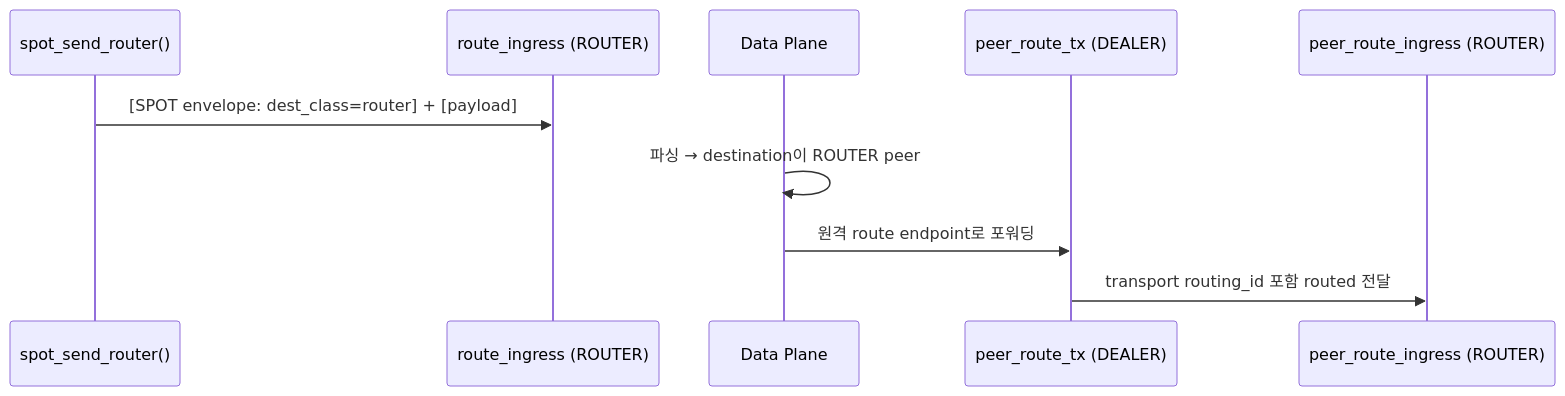
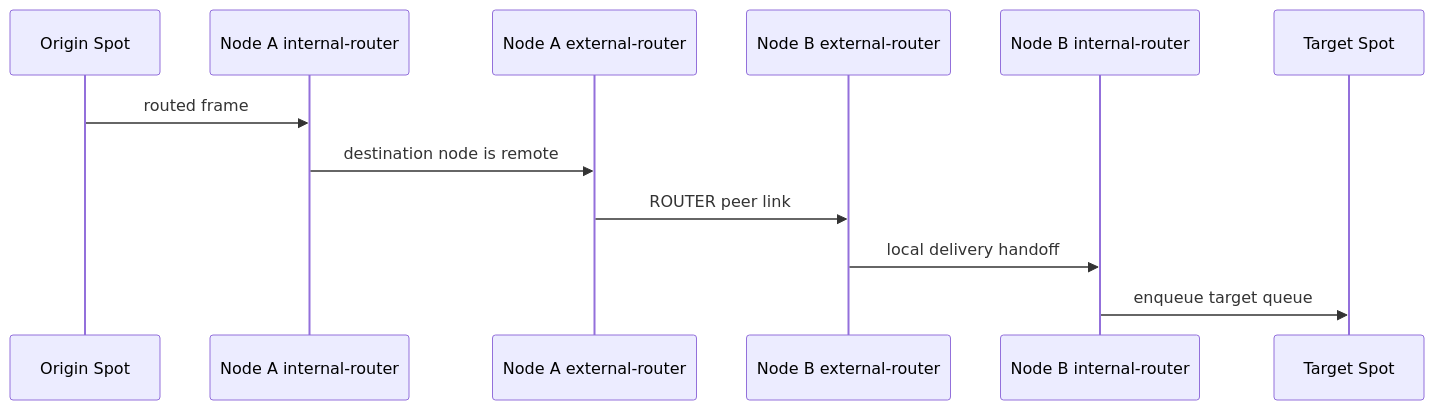
One commit to kairos-code-dev/zlink changed the fifth of 5 diagrams in doc/internals/spot-internals.ko.md. Above: the diagram before and after it, drawn with Mermaid. The commit also changed other lines of this file and 117 other files, not shown here.

````diff
--- a/doc/internals/spot-internals.ko.md
+++ b/doc/internals/spot-internals.ko.md
@@ -390,13 +188,15 @@
 ```mermaid
 sequenceDiagram
-    participant Spot as spot_send_router()
-    participant RouteIn as route_ingress (ROUTER)
-    participant DP as Data Plane
-    participant PeerTx as peer_route_tx (DEALER)
-    participant PeerIn as peer_route_ingress (ROUTER)
+    participant ASpot as Origin Spot
+    participant AInternal as Node A internal-router
+    participant AExternal as Node A external-router
+    participant BExternal as Node B external-router
+    participant BInternal as Node B internal-router
+    participant BSpot as Target Spot
 
-    Spot->>RouteIn: [SPOT envelope: dest_class=router] + [payload]
-    DP->>DP: 파싱 → destination이 ROUTER peer
-    DP->>PeerTx: 원격 route endpoint로 포워딩
-    PeerTx->>PeerIn: transport routing_id 포함 routed 전달
+    ASpot->>AInternal: routed frame
+    AInternal->>AExternal: destination node is remote
+    AExternal->>BExternal: ROUTER peer link
+    BExternal->>BInternal: local delivery handoff
+    BInternal->>BSpot: enqueue target queue
 ```
````
